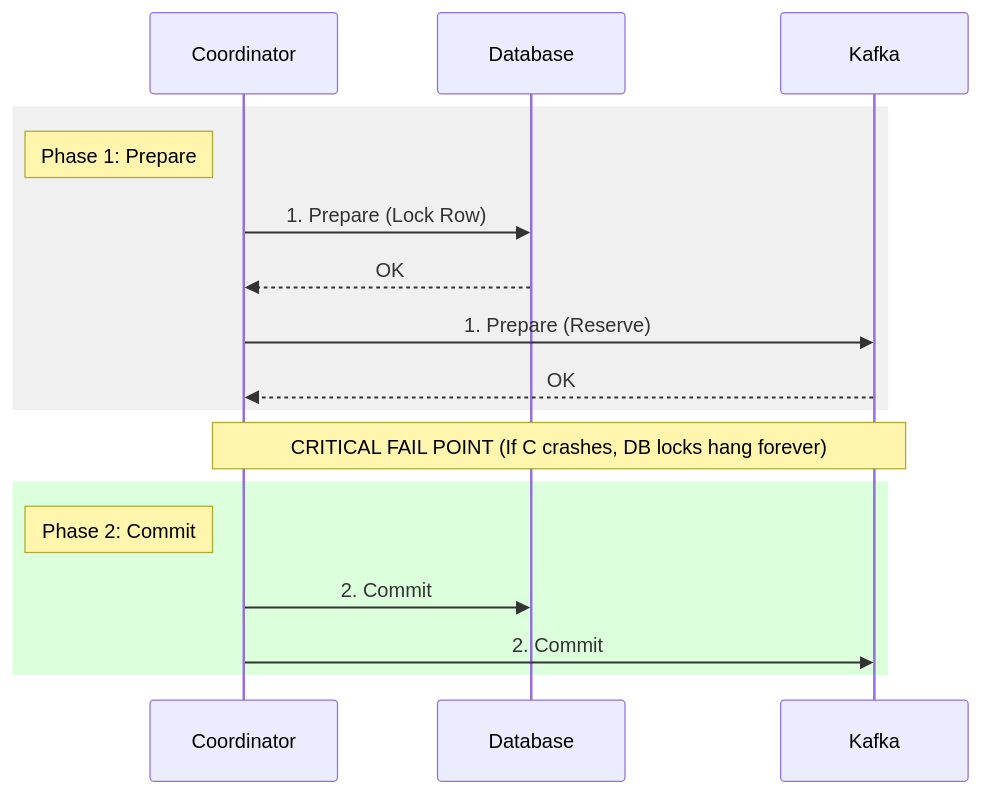
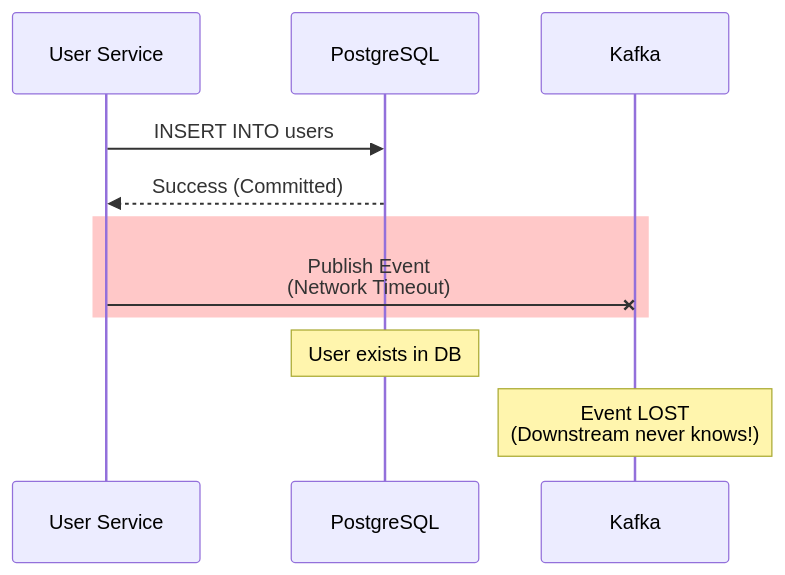
Before and after one commit to Anmol33/SystemDesign: the second of 3 diagrams in Message Broker/05_CDC_and_Delivery_Semantics.md, drawn with Mermaid. The commit also changed other lines of this file and 1 other file, not shown here.

````diff
--- a/Message Broker/05_CDC_and_Delivery_Semantics.md
+++ b/Message Broker/05_CDC_and_Delivery_Semantics.md
@@ -51,22 +107,16 @@
 ```mermaid
 sequenceDiagram
-    participant C as Coordinator
-    participant DB as Database
-    participant K as Kafka
-
-    rect rgb(240, 240, 240)
-        Note left of C: Phase 1: Prepare
-        C->>DB: 1. Prepare (Lock Row)
-        DB-->>C: OK
-        C->>K: 1. Prepare (Reserve)
-        K-->>C: OK
+    participant API as User Service
+    participant DB as PostgreSQL
+    participant Kafka as Kafka
+    
+    API->>DB: INSERT INTO users
+    DB-->>API: Success (Committed)
+    
+    rect rgb(255, 200, 200)
+        API-xKafka: Publish Event<br/>(Network Timeout)
     end
-
-    Note over C,K: CRITICAL FAIL POINT (If C crashes, DB locks hang forever)
-
-    rect rgb(220, 255, 220)
-        Note left of C: Phase 2: Commit
-        C->>DB: 2. Commit
-        C->>K: 2. Commit
-    end
+    
+    Note over DB: User exists in DB
+    Note over Kafka: Event LOST<br/>(Downstream never knows!)
 ```
````
